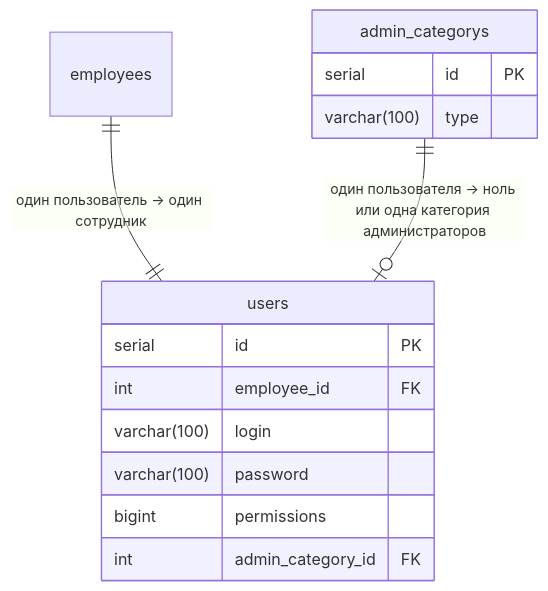
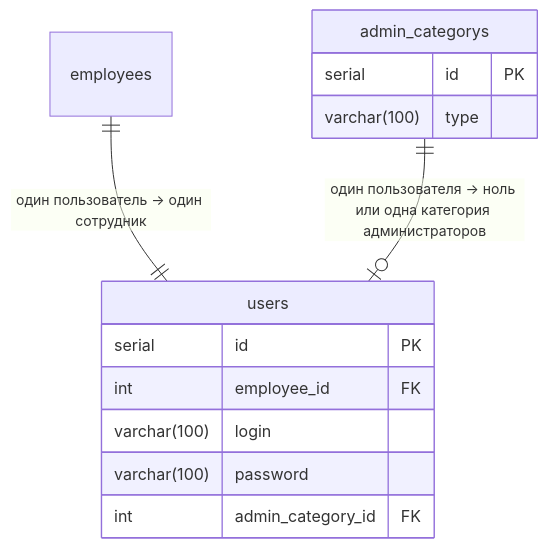
Before and after one commit to DRUsmanov/the_system_project: the first of 15 diagrams in README.md, drawn with Mermaid.

````diff
--- a/README.md
+++ b/README.md
@@ -30,19 +30,18 @@
 ```mermaid
 erDiagram
 users{
 serial id PK
 int employee_id FK
 varchar(100) login
 varchar(100) password
-bigint permissions
 int admin_category_id FK
 }
 
 admin_categorys{
 serial id PK
 varchar(100) type
 }
 
 employees ||--|| users : "один пользователь -> один сотрудник"
 admin_categorys ||--o| users : "один пользователя -> ноль или одна категория администраторов"
 ```
````
